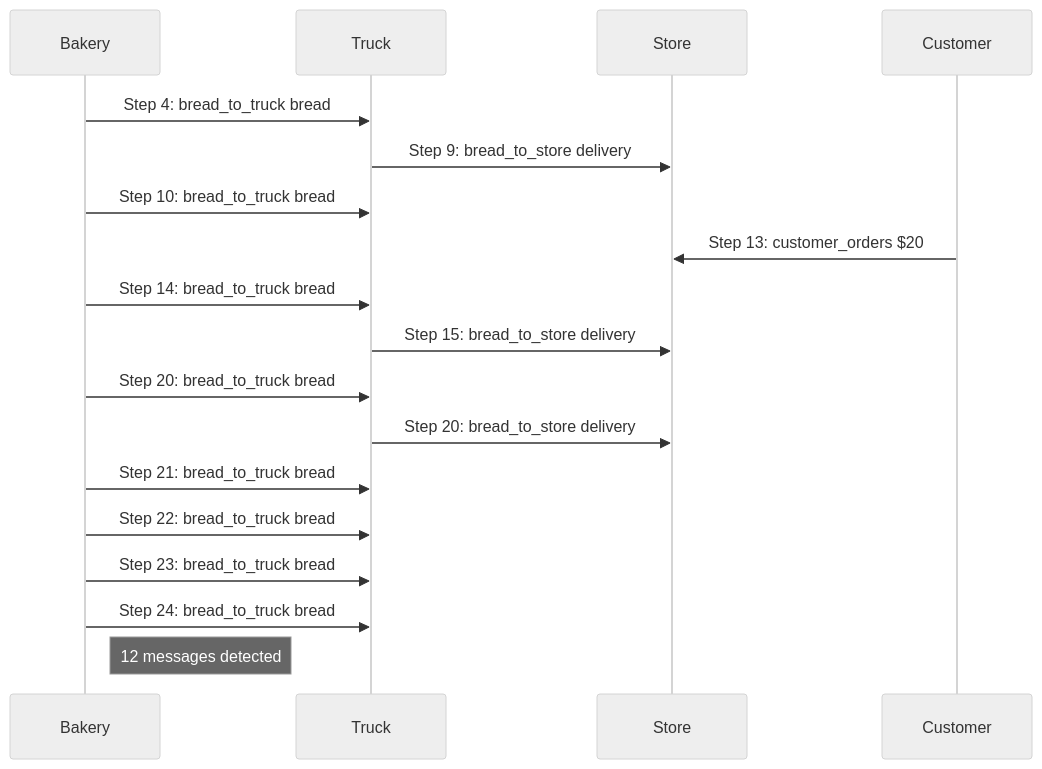
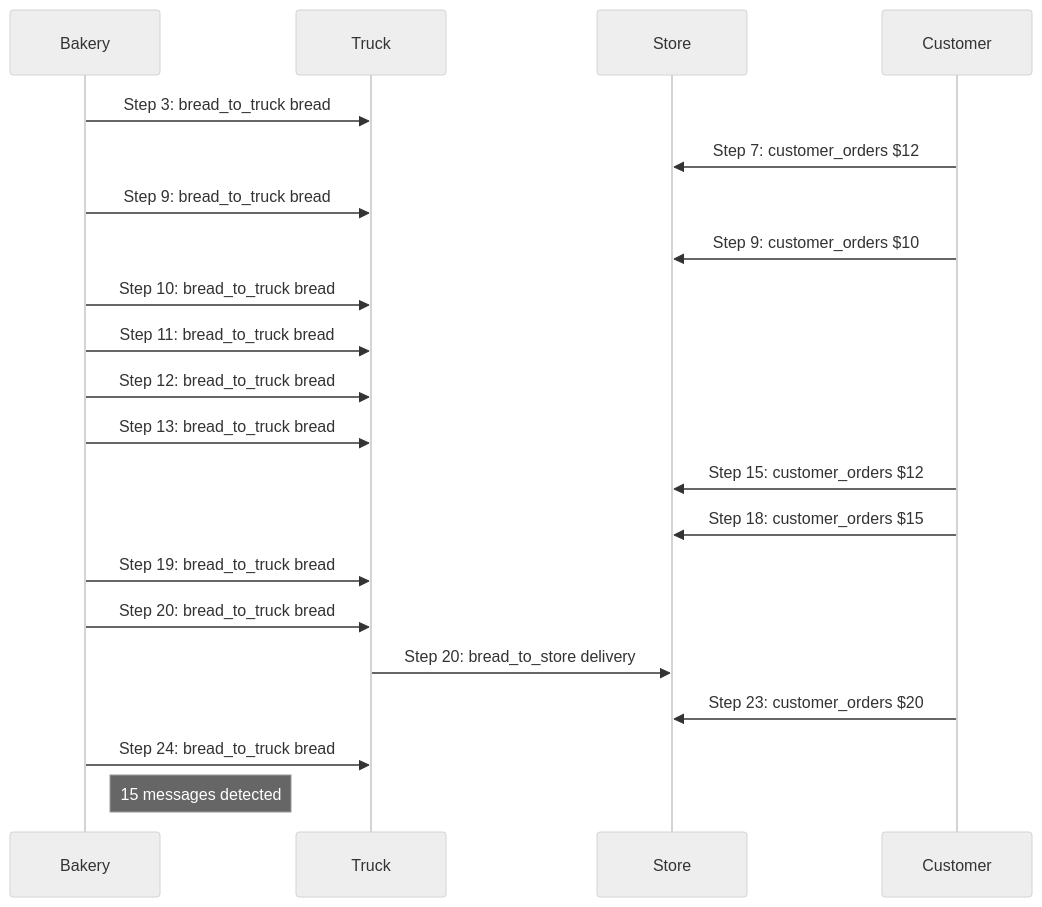
Before and after one commit to rfielding/ctl: the second of 3 diagrams in z3/run.md, drawn with Mermaid (neutral theme). The commit also changed other lines of this file and 1 other file, not shown here.

````diff
--- a/z3/run.md
+++ b/z3/run.md
@@ -376,21 +414,24 @@
 ```mermaid
 sequenceDiagram
     participant Bakery
     participant Truck
     participant Store
     participant Customer
 
-    Bakery->>Truck: Step 4: bread_to_truck bread
-    Truck->>Store: Step 9: bread_to_store delivery
+    Bakery->>Truck: Step 3: bread_to_truck bread
+    Customer->>Store: Step 7: customer_orders $12
+    Bakery->>Truck: Step 9: bread_to_truck bread
+    Customer->>Store: Step 9: customer_orders $10
     Bakery->>Truck: Step 10: bread_to_truck bread
-    Customer->>Store: Step 13: customer_orders $20
-    Bakery->>Truck: Step 14: bread_to_truck bread
-    Truck->>Store: Step 15: bread_to_store delivery
+    Bakery->>Truck: Step 11: bread_to_truck bread
+    Bakery->>Truck: Step 12: bread_to_truck bread
+    Bakery->>Truck: Step 13: bread_to_truck bread
+    Customer->>Store: Step 15: customer_orders $12
+    Customer->>Store: Step 18: customer_orders $15
+    Bakery->>Truck: Step 19: bread_to_truck bread
     Bakery->>Truck: Step 20: bread_to_truck bread
     Truck->>Store: Step 20: bread_to_store delivery
-    Bakery->>Truck: Step 21: bread_to_truck bread
-    Bakery->>Truck: Step 22: bread_to_truck bread
-    Bakery->>Truck: Step 23: bread_to_truck bread
+    Customer->>Store: Step 23: customer_orders $20
     Bakery->>Truck: Step 24: bread_to_truck bread
-    Note right of Bakery: 12 messages detected
+    Note right of Bakery: 15 messages detected
 ```
````
